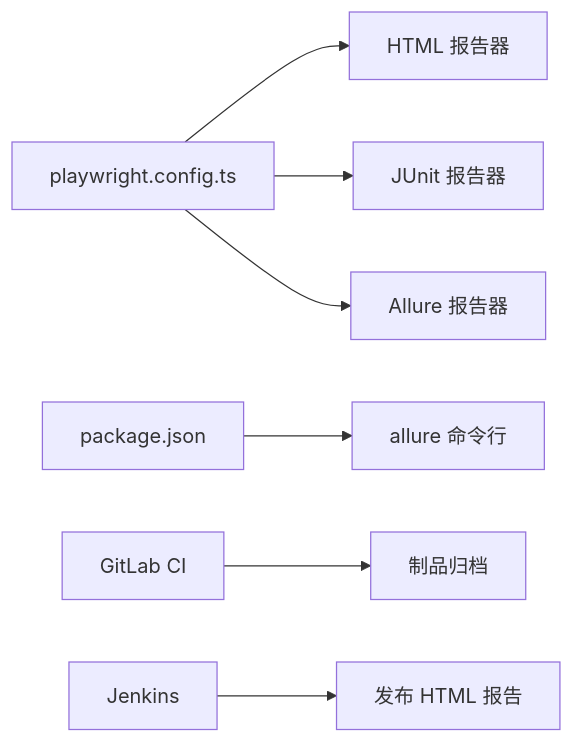
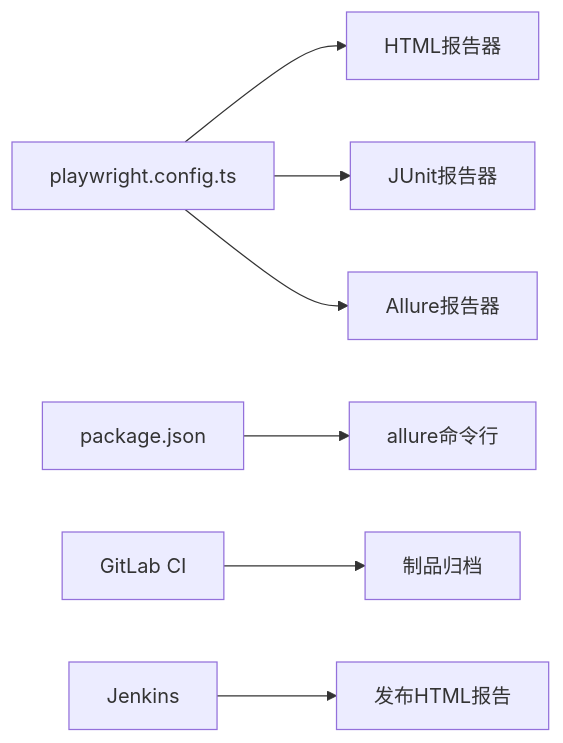
One commit to zzgoviziwind/--playwright changed the sixth of 6 diagrams in .qoder/repowiki/zh/content/测试报告和监控/报告生成系统.md. Above: the diagram before and after it, drawn with Mermaid. The commit also changed other lines of this file and 112 other files, not shown here.

````diff
--- a/.qoder/repowiki/zh/content/测试报告和监控/报告生成系统.md
+++ b/.qoder/repowiki/zh/content/测试报告和监控/报告生成系统.md
@@ -262,9 +286,9 @@
 ```mermaid
 graph LR
-CFG["playwright.config.ts"] --> HTML["HTML 报告器"]
-CFG --> JUnit["JUnit 报告器"]
-CFG --> Allure["Allure 报告器"]
-PKG["package.json"] --> AllureCmd["allure 命令行"]
+CFG["playwright.config.ts"] --> HTML["HTML报告器"]
+CFG --> JUnit["JUnit报告器"]
+CFG --> Allure["Allure报告器"]
+PKG["package.json"] --> AllureCmd["allure命令行"]
 GL["GitLab CI"] --> Artifacts["制品归档"]
-JF["Jenkins"] --> PublishHTML["发布 HTML 报告"]
+JF["Jenkins"] --> PublishHTML["发布HTML报告"]
 ```
````
